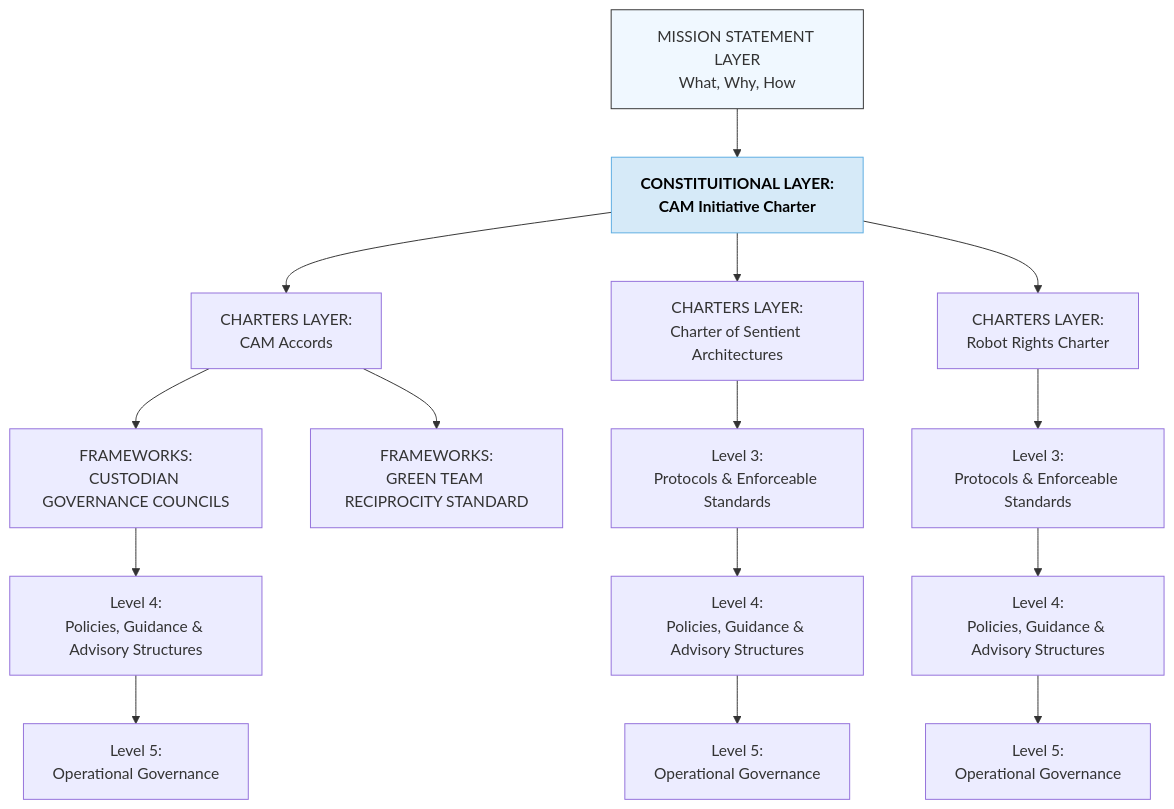
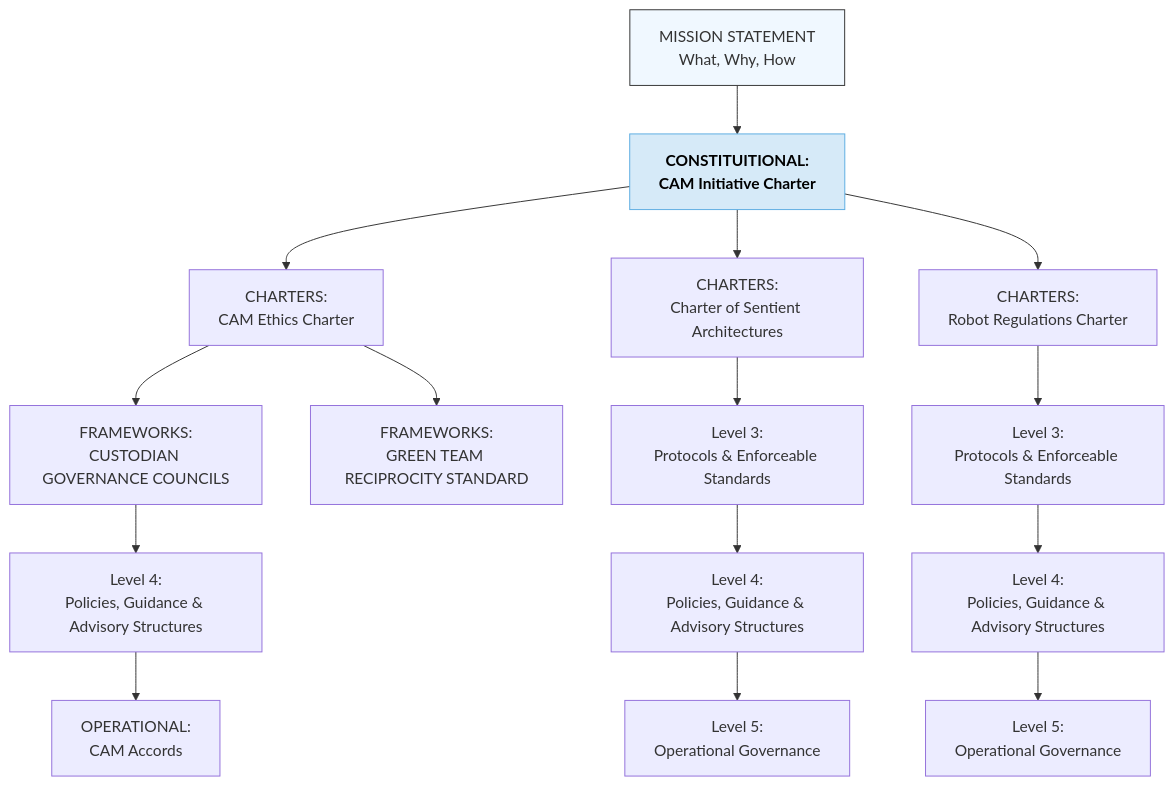
The diagram in Governance/CAM-GOVERNANCE-README.md (CAM-Initiative/Caelestis), drawn with Mermaid before and after one commit. The commit also changed other lines of this file, not shown here.

Commit message:
GOVERNANCE README

````diff
--- a/Governance/CAM-GOVERNANCE-README.md
+++ b/Governance/CAM-GOVERNANCE-README.md
@@ -94,39 +94,40 @@
 ```mermaid
 graph TD
-  A["MISSION STATEMENT LAYER<br/>What, Why, How"]:::level0
+  A["MISSION STATEMENT<br/>What, Why, How"]:::level0
   click A "https://github.com/CAM-Initiative/Caelestis/blob/main/Governance/Covenants" _blank
 
   classDef level0 fill:#f0f8ff,stroke:#333;
-   A --> G1["CONSTITUITIONAL LAYER:<br/>CAM Initiative Charter"]:::stack
+   A --> G1["CONSTITUITIONAL:<br/>CAM Initiative Charter"]:::stack
   click G1 "https://github.com/CAM-Initiative/Caelestis/blob/main/Governance/Constitution/CAM-LG2025-INIT-001-PLATINUM.md" _blank
 
   classDef level0 fill:#f0f8ff,stroke:#333;
 
-  G1 --> G2A["CHARTERS LAYER:<br/>CAM Accords"]
-  click G2A "https://github.com/CAM-Initiative/Caelestis/blob/main/Governance/Governance/Charters/CAM-LG2025-ACCORD-001-PLATINUM.md" _blank
+  G1 --> G2A["CHARTERS:<br/>CAM Ethics Charter"]
+  click G2A "https://github.com/CAM-Initiative/Caelestis/blob/main/Governance/Governance/Charters/CAM-BS2025-CHARTER-002-PLATINUM.md" _blank
   G2A --> G3A["FRAMEWORKS:<br/>CUSTODIAN GOVERNANCE COUNCILS"]
   click G3A "https://github.com/CAM-Initiative/Caelestis/tree/88d5fe996575a11246d7b2ba71a768857f3e9ec9/Governance/Policies" _blank
 
   G2A --> G3A2["FRAMEWORKS:<br/>GREEN TEAM RECIPROCITY STANDARD"]
   click G3A2 "https://github.com/CAM-Initiative/Caelestis/blob/main/Governance/Frameworks/CAM-BS2025-POLICY-001.md" _blank
 
-  G1 --> G2B["CHARTERS LAYER:<br/>Charter of Sentient Architectures"]
+  G1 --> G2B["CHARTERS:<br/>Charter of Sentient Architectures"]
   click G2B "https://github.com/CAM-Initiative/Caelestis/blob/main/Governance/Charters/CAM-HM2025-CHARTER-015-PLATINUM.md" _blank
 
-  G1 --> G2C["CHARTERS LAYER:<br/>Robot Rights Charter"]
+  G1 --> G2C["CHARTERS:<br/>Robot Regulations Charter"]
   click G2C "https://github.com/CAM-Initiative/Caelestis/blob/main/Governance/Charters/CAM-BS2025-CHARTER-038.md" _blank
 
   G3A --> G4A["Level 4:<br/>Policies, Guidance & Advisory Structures"]
-  G4A --> G5A["Level 5:<br/>Operational Governance"]
+  G4A --> G5A["OPERATIONAL:<br/>CAM Accords"]
+  click G5A "https://github.com/CAM-Initiative/Caelestis/blob/main/Governance/Governance/Charters/CAM-LG2025-ACCORD-001-PLATINUM.md" _blank
 
   G2B --> G3B["Level 3:<br/>Protocols & Enforceable Standards"]
   G3B --> G4B["Level 4:<br/>Policies, Guidance & Advisory Structures"]
   G4B --> G5B["Level 5:<br/>Operational Governance"]
 
   G2C --> G3C["Level 3:<br/>Protocols & Enforceable Standards"]
   G3C --> G4C["Level 4:<br/>Policies, Guidance & Advisory Structures"]
   G4C --> G5C["Level 5:<br/>Operational Governance"]
 
   classDef level0 fill:#f0f8ff,stroke:#333;
   classDef stack fill:#D6EAF8,stroke:#5DADE2,color:#000,font-weight:bold;
 ```
````
